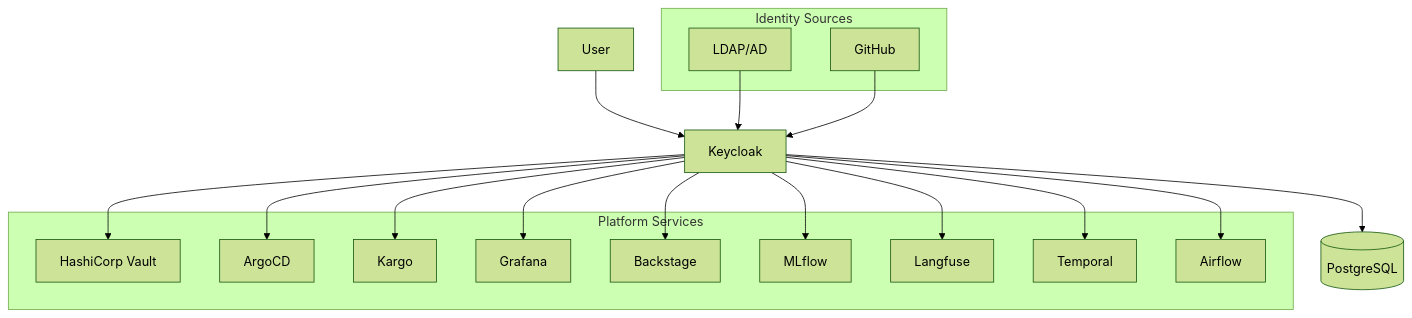
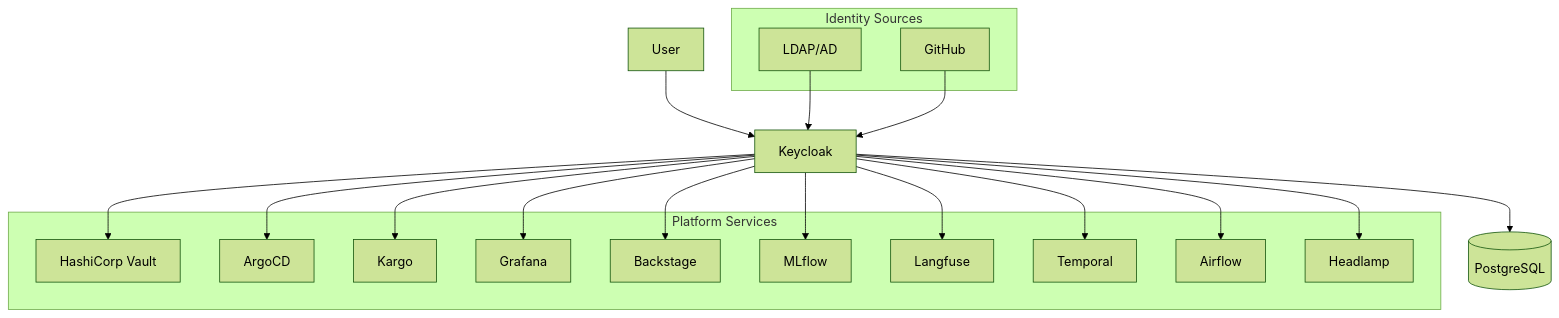
Before and after one commit to thatmlopsguy/dokaseca-control-plane: the diagram in docs/identity.md, drawn with Mermaid (forest theme). The commit also changed other lines of this file and 1 other file, not shown here.

Commit message:
feat(docs): add Headlamp to Keycloak architecture diagram and update LDAP display name

````diff
--- a/docs/identity.md
+++ b/docs/identity.md
@@ -18,35 +18,37 @@
 ```mermaid
 graph TB
     User[User] --> KC[Keycloak]
     KC --> Vault[HashiCorp Vault]
     KC --> ArgoCD[ArgoCD]
     KC --> Kargo[Kargo]
     KC --> Grafana[Grafana]
     KC --> Backstage[Backstage]
     KC --> MLflow[MLflow]
     KC --> Langfuse[Langfuse]
     KC --> Temporal[Temporal]
     KC --> Airflow[Airflow]
+    KC --> Headlamp[Headlamp]
 
     KC --> DB[(PostgreSQL)]
 
     subgraph "Identity Sources"
         LDAP[LDAP/AD]
         GitHub[GitHub]
     end
 
     LDAP --> KC
     GitHub --> KC
 
     subgraph "Platform Services"
         Vault
         ArgoCD
         Kargo
         Grafana
         Backstage
         MLflow
         Langfuse
         Temporal
         Airflow
+        Headlamp
     end
 ```
````
